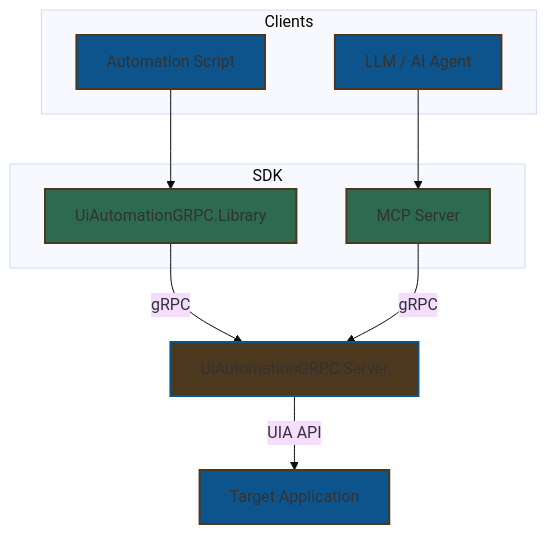
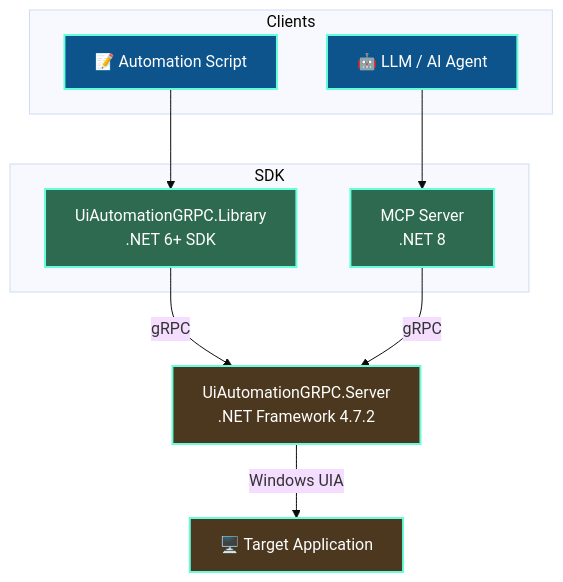
Before and after one commit to Donsezan/UiAutomationGRPC: the second of 2 diagrams in README.md, drawn with Mermaid (base theme). The commit also changed other lines of this file and 1 other file, not shown here.

````diff
--- a/README.md
+++ b/README.md
@@ -25,27 +128,26 @@
 ```mermaid
 graph TD
     subgraph Clients
-        Script[Automation Script]
-        LLM[LLM / AI Agent]
+        Script["📝 Automation Script"]
+        LLM["🤖 LLM / AI Agent"]
     end
 
     subgraph SDK
-        Library[UiAutomationGRPC.Library]
-        MCP[MCP Server]
+        Library["UiAutomationGRPC.Library<br/>.NET 6+ SDK"]
+        MCP["MCP Server<br/>.NET 8"]
     end
 
     Script --> Library
     LLM --> MCP
-    Library -->|gRPC| Server[UiAutomationGRPC.Server]
+    Library -->|gRPC| Server["UiAutomationGRPC.Server<br/>.NET Framework 4.7.2"]
     MCP -->|gRPC| Server
-    Server -->|UIA API| Target[Target Application]
+    Server -->|Windows UIA| Target["🖥️ Target Application"]
 
-    classDef client fill:#0d548c,stroke:#4c381e,stroke-width:2px;
-    classDef sdk fill:#2d6a4f,stroke:#4c381e,stroke-width:2px;
-    classDef server fill:#4c381e,stroke:#0d548c,stroke-width:2px;
+    classDef client fill:#0d548c,stroke:#64ffda,stroke-width:2px,color:#fff;
+    classDef sdk fill:#2d6a4f,stroke:#64ffda,stroke-width:2px,color:#fff;
+    classDef server fill:#4c381e,stroke:#64ffda,stroke-width:2px,color:#fff;
 
     class Script,LLM client;
     class Library,MCP sdk;
-    class Server server;
-    class Target client;
+    class Server,Target server;
 ```
````
